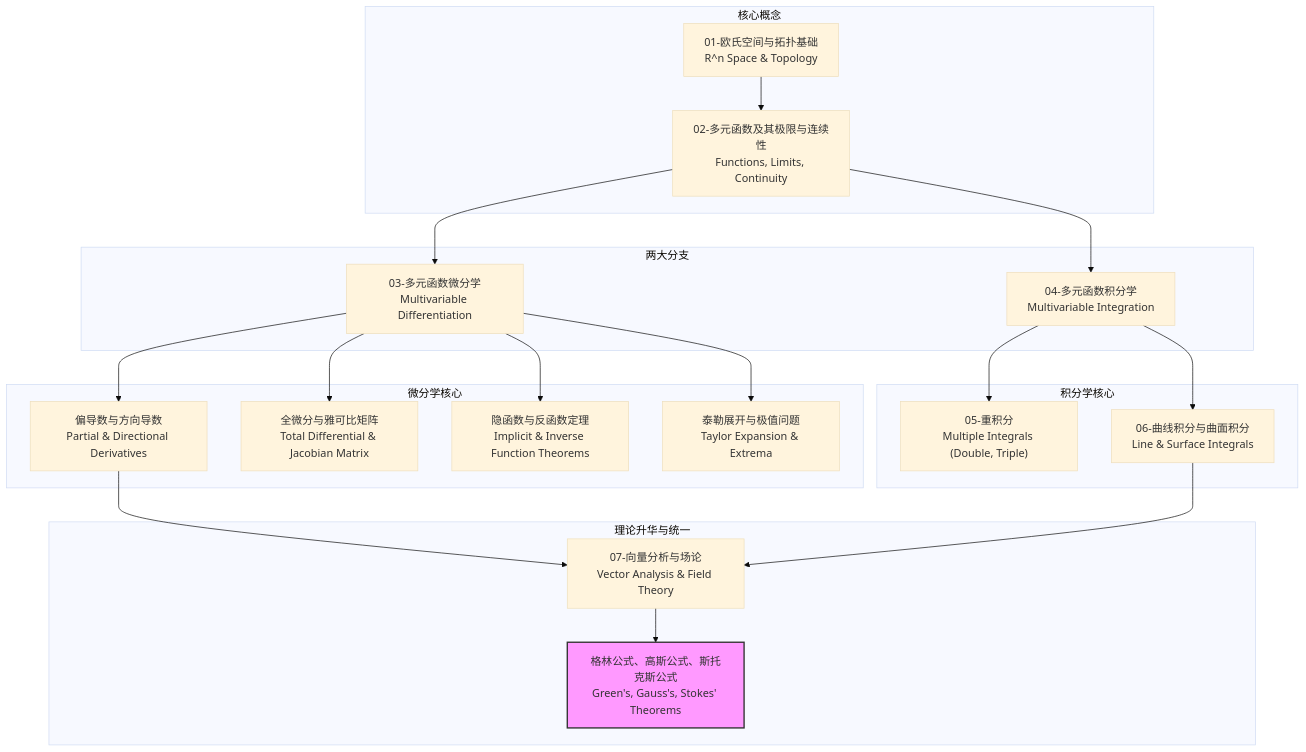
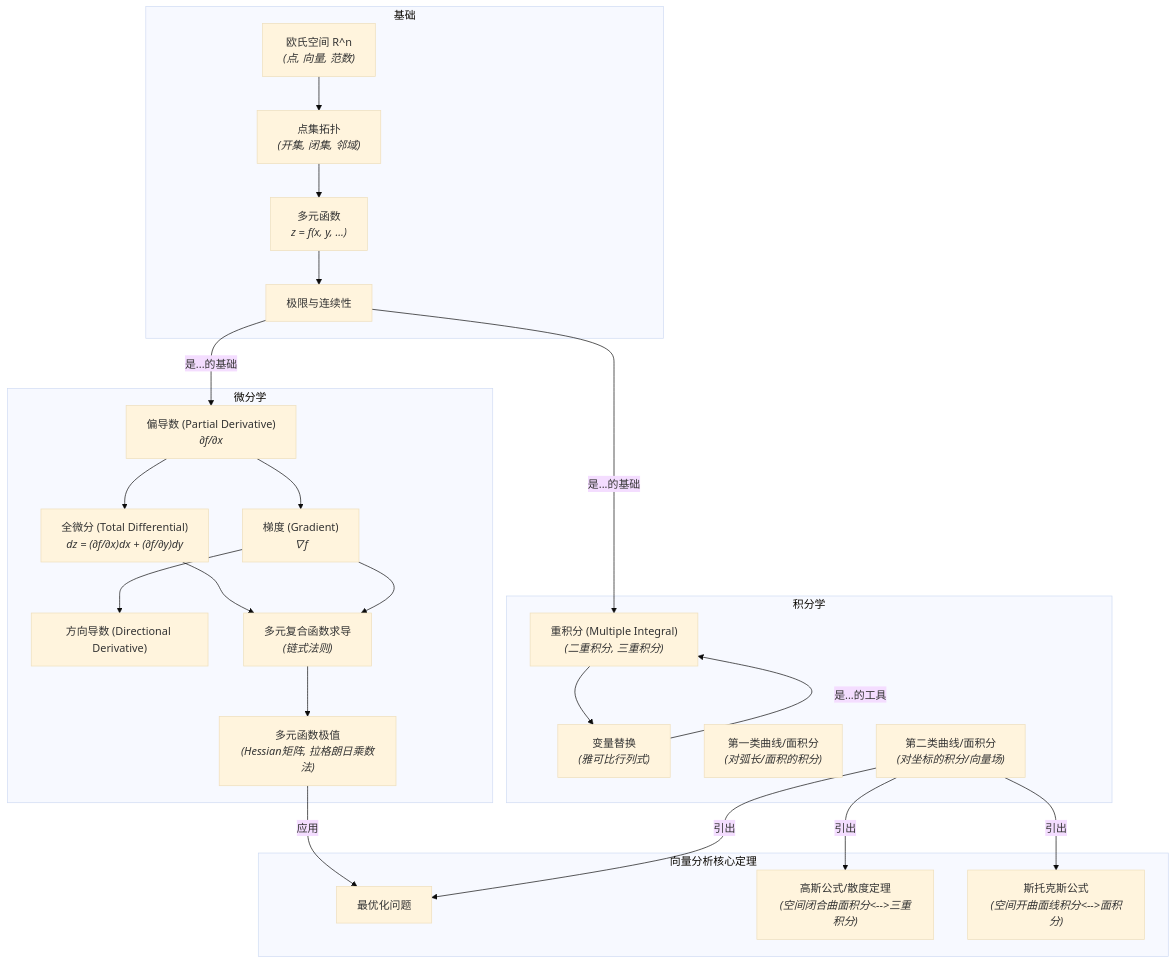
The diagram in Math/Refactor/04-分析学/05-多元微积分/00-模块总览.md (AdaMartin18010/Mathematics), drawn with Mermaid (base theme) before and after one commit. The commit also changed other lines of this file and 62 other files, not shown here.

````diff
--- a/Math/Refactor/04-分析学/05-多元微积分/00-模块总览.md
+++ b/Math/Refactor/04-分析学/05-多元微积分/00-模块总览.md
@@ -15,31 +21,34 @@
 ```mermaid
 graph TD
-    subgraph 核心概念
-        A["01-欧氏空间与拓扑基础<br/>R^n Space & Topology"] --> B["02-多元函数及其极限与连续性<br/>Functions, Limits, Continuity"];
+    subgraph 基础
+        A["欧氏空间 R^n<br><i>(点, 向量, 范数)</i>"] --> B["点集拓扑<br><i>(开集, 闭集, 邻域)</i>"];
+        B --> C["多元函数<br><i>z = f(x, y, ...)</i>"];
+        C --> D["极限与连续性"];
     end
 
-    subgraph 两大分支
-        B --> C["03-多元函数微分学<br/>Multivariable Differentiation"];
-        B --> D["04-多元函数积分学<br/>Multivariable Integration"];
+    subgraph 微分学
+        E["偏导数 (Partial Derivative)<br><i>∂f/∂x</i>"] --> F["全微分 (Total Differential)<br><i>dz = (∂f/∂x)dx + (∂f/∂y)dy</i>"];
+        E --> G["梯度 (Gradient)<br><i>∇f</i>"];
+        G --> H["方向导数 (Directional Derivative)"];
+        F & G --> I["多元复合函数求导<br><i>(链式法则)</i>"];
+        I --> J["多元函数极值<br><i>(Hessian矩阵, 拉格朗日乘数法)</i>"];
     end
 
-    subgraph 微分学核心
-        C --> C1["偏导数与方向导数<br/>Partial & Directional Derivatives"];
-        C --> C2["全微分与雅可比矩阵<br/>Total Differential & Jacobian Matrix"];
-        C --> C3["隐函数与反函数定理<br/>Implicit & Inverse Function Theorems"];
-        C --> C4["泰勒展开与极值问题<br/>Taylor Expansion & Extrema"];
+    subgraph 积分学
+        K["重积分 (Multiple Integral)<br><i>(二重积分, 三重积分)</i>"] --> L["变量替换<br><i>(雅可比行列式)</i>"];
+        M["第一类曲线/面积分<br><i>(对弧长/面积的积分)</i>"]
+        N["第二类曲线/面积分<br><i>(对坐标的积分/向量场)</i>"]
+    end
+    
+    subgraph 向量分析核心定理
+        O["格林公式<br><i>(平面闭合路径线积分<-->二重积分)</i>"]
+        P["高斯公式/散度定理<br><i>(空间闭合曲面积分<-->三重积分)</i>"]
+        Q["斯托克斯公式<br><i>(空间开曲面线积分<-->面积分)</i>"]
     end
 
-    subgraph 积分学核心
-        D --> D1["05-重积分<br/>Multiple Integrals (Double, Triple)"];
-        D --> D2["06-曲线积分与曲面积分<br/>Line & Surface Integrals"];
-    end
+    D -- "是...的基础" --> E & K;
+    J -- "应用" --> O["最优化问题"];
+    N -- "引出" --> O & P & Q;
+    L -- "是...的工具" --> K;
 
-    subgraph 理论升华与统一
-        C1 --> E["07-向量分析与场论<br/>Vector Analysis & Field Theory"];
-        D2 --> E;
-        E --> F["格林公式、高斯公式、斯托克斯公式<br/>Green's, Gauss's, Stokes' Theorems"];
-    end
-
-    style F fill:#f9f,stroke:#333,stroke-width:2px
 ```
````
